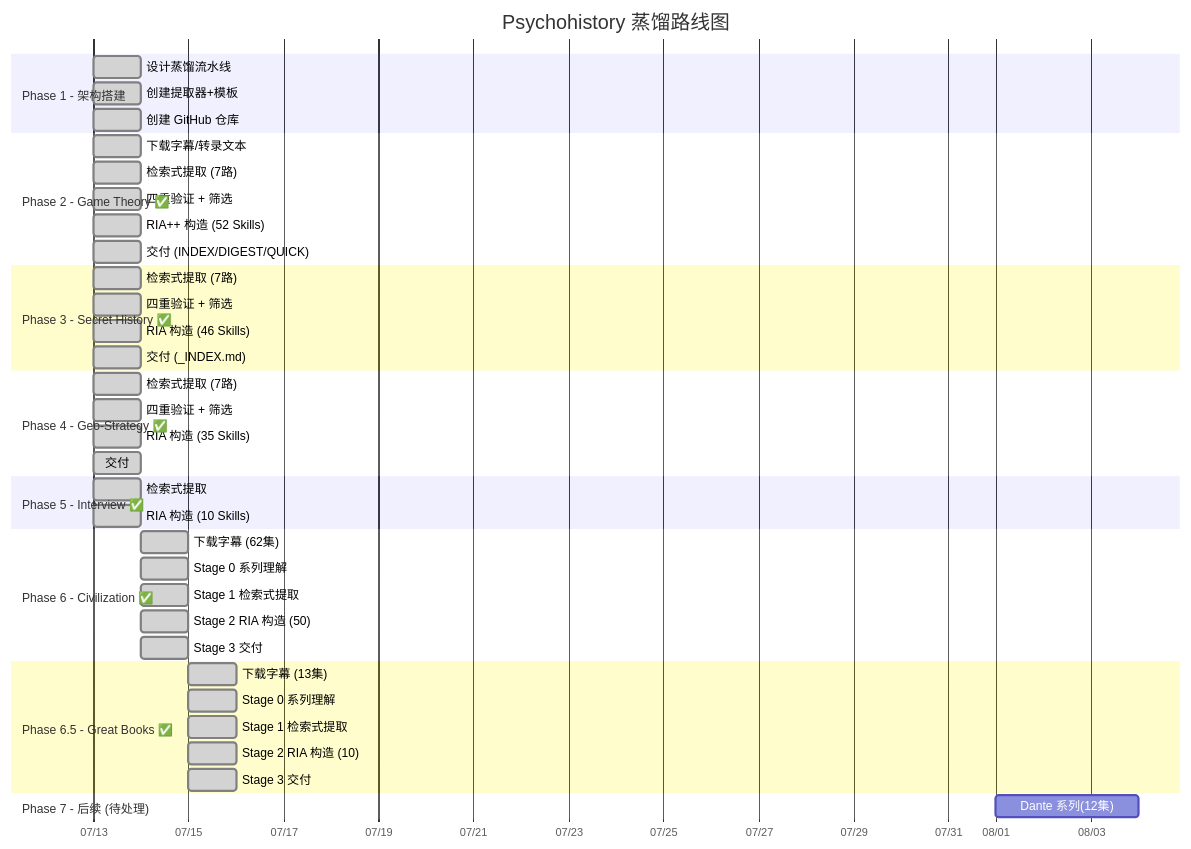
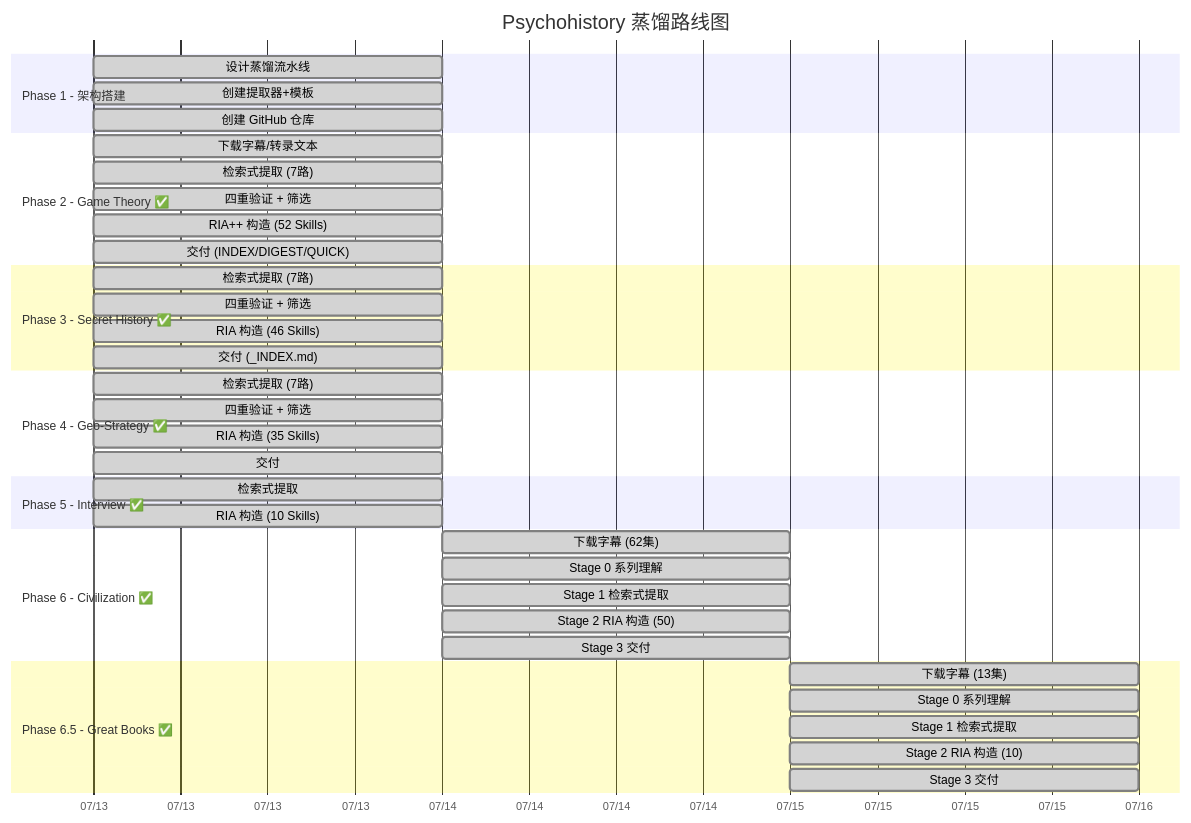
The diagram in PROGRESS.md (chundada/psychohistory), drawn with Mermaid before and after one commit. The commit also changed other lines of this file and 10 other files, not shown here.

````diff
--- a/PROGRESS.md
+++ b/PROGRESS.md
@@ -15,51 +15,50 @@
 ```mermaid
 gantt
     title Psychohistory 蒸馏路线图
     dateFormat  YYYY-MM-DD
     axisFormat  %m/%d
     
     section Phase 1 - 架构搭建
     设计蒸馏流水线           :done, 2026-07-13, 1d
     创建提取器+模板          :done, 2026-07-13, 1d
     创建 GitHub 仓库         :done, 2026-07-13, 1d
     
     section Phase 2 - Game Theory ✅
     下载字幕/转录文本        :done, 2026-07-13, 1d
     检索式提取 (7路)         :done, 2026-07-13, 1d
     四重验证 + 筛选          :done, 2026-07-13, 1d
     RIA++ 构造 (52 Skills)   :done, 2026-07-13, 1d
     交付 (INDEX/DIGEST/QUICK) :done, 2026-07-13, 1d
     
     section Phase 3 - Secret History ✅
     检索式提取 (7路)         :done, 2026-07-13, 1d
     四重验证 + 筛选          :done, 2026-07-13, 1d
     RIA 构造 (46 Skills)     :done, 2026-07-13, 1d
     交付 (_INDEX.md)         :done, 2026-07-13, 1d
     
     section Phase 4 - Geo-Strategy ✅
     检索式提取 (7路)         :done, 2026-07-13, 1d
     四重验证 + 筛选          :done, 2026-07-13, 1d
     RIA 构造 (35 Skills)     :done, 2026-07-13, 1d
     交付                     :done, 2026-07-13, 1d
     
     section Phase 5 - Interview ✅
     检索式提取               :done, 2026-07-13, 1d
     RIA 构造 (10 Skills)     :done, 2026-07-13, 1d
 
     section Phase 6 - Civilization ✅
     下载字幕 (62集)          :done, 2026-07-14, 1d
     Stage 0 系列理解         :done, 2026-07-14, 1d
     Stage 1 检索式提取       :done, 2026-07-14, 1d
     Stage 2 RIA 构造 (50)    :done, 2026-07-14, 1d
     Stage 3 交付             :done, 2026-07-14, 1d
 
     section Phase 6.5 - Great Books ✅
     下载字幕 (13集)          :done, 2026-07-15, 1d
     Stage 0 系列理解         :done, 2026-07-15, 1d
     Stage 1 检索式提取       :done, 2026-07-15, 1d
     Stage 2 RIA 构造 (10)    :done, 2026-07-15, 1d
     Stage 3 交付             :done, 2026-07-15, 1d
 
-    section Phase 7 - 后续 (待处理)
-    Dante 系列(12集)         :2026-08-01, 3d
+
 ```
````
